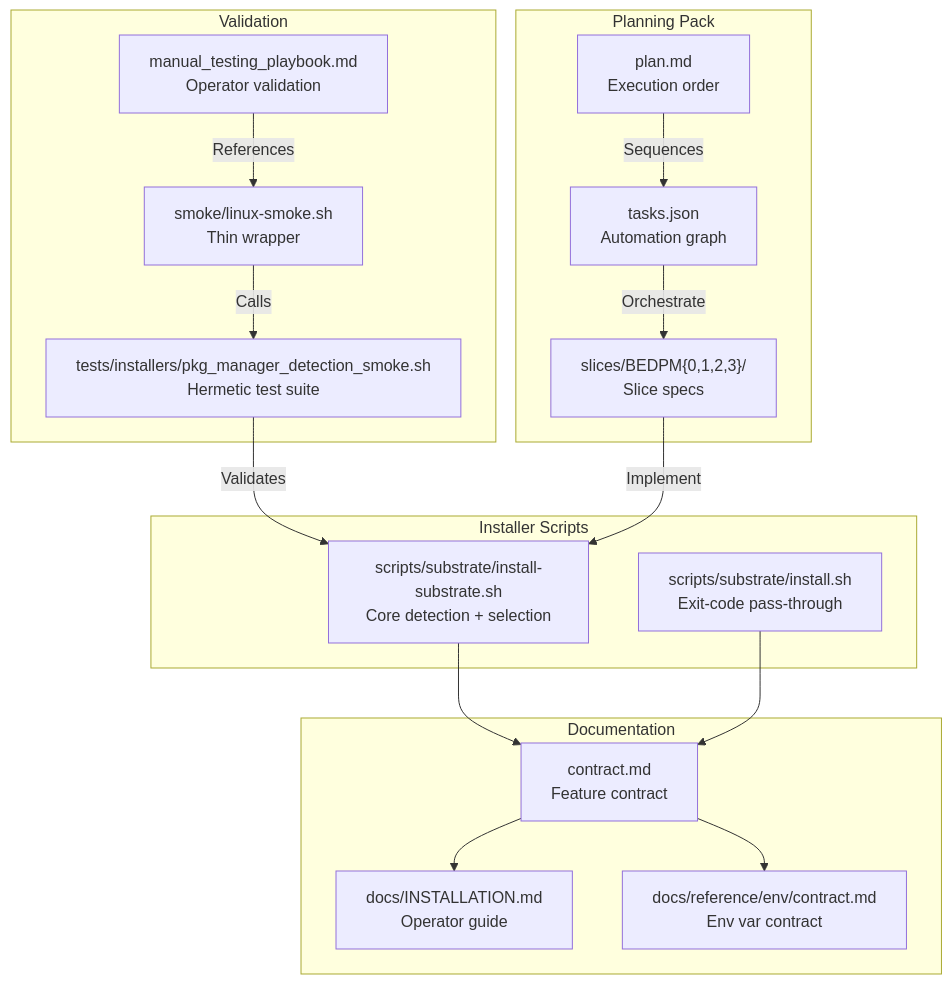
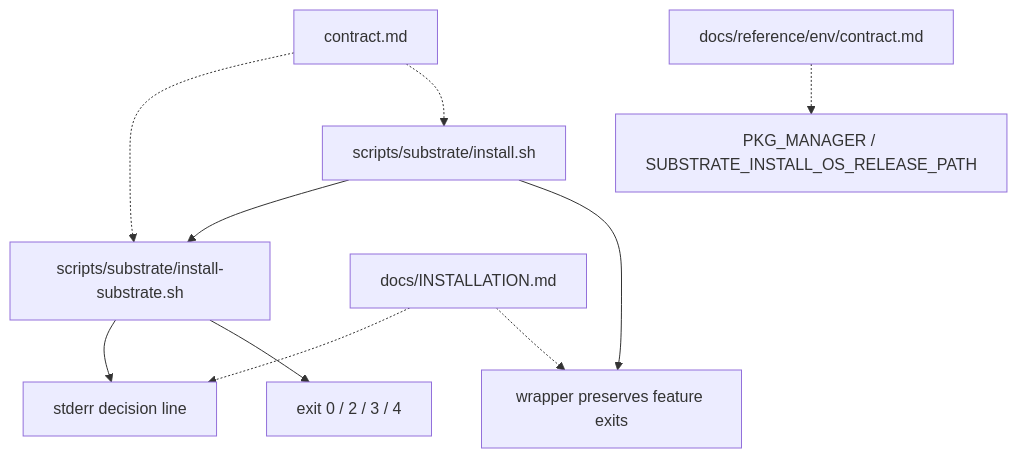
One commit to atomize-hq/substrate changed the second of 4 diagrams in docs/project_management/packs/draft/best-effort-distro-package-manager-fse/review_surfaces.md. Above: the diagram before and after it, drawn with Mermaid. The commit also changed other lines of this file and 23 other files, not shown here.

Commit message:
Expand seam extraction pack for distro package manager planning

````diff
--- a/docs/project_management/packs/draft/best-effort-distro-package-manager-fse/review_surfaces.md
+++ b/docs/project_management/packs/draft/best-effort-distro-package-manager-fse/review_surfaces.md
@@ -115,38 +24,12 @@
 ```mermaid
 flowchart TB
-    subgraph Installer["Installer Scripts"]
-        InstallSubstrate["scripts/substrate/install-substrate.sh<br/>Core detection + selection"]
-        InstallWrapper["scripts/substrate/install.sh<br/>Exit-code pass-through"]
-    end
-
-    subgraph Docs["Documentation"]
-        InstallMd["docs/INSTALLATION.md<br/>Operator guide"]
-        EnvContract["docs/reference/env/contract.md<br/>Env var contract"]
-        Contract["contract.md<br/>Feature contract"]
-    end
-
-    subgraph Validation["Validation"]
-        HermeticTest["tests/installers/pkg_manager_detection_smoke.sh<br/>Hermetic test suite"]
-        SmokeScript["smoke/linux-smoke.sh<br/>Thin wrapper"]
-        ManualPlaybook["manual_testing_playbook.md<br/>Operator validation"]
-    end
-
-    subgraph Pack["Planning Pack"]
-        Slices["slices/BEDPM{0,1,2,3}/<br/>Slice specs"]
-        Tasks["tasks.json<br/>Automation graph"]
-        Plan["plan.md<br/>Execution order"]
-    end
-
-    InstallSubstrate --> Contract
-    InstallWrapper --> Contract
-    Contract --> InstallMd
-    Contract --> EnvContract
-
-    HermeticTest -->|Validates| InstallSubstrate
-    SmokeScript -->|Calls| HermeticTest
-    ManualPlaybook -->|References| SmokeScript
-
-    Slices -->|Implement| InstallSubstrate
-    Tasks -->|Orchestrate| Slices
-    Plan -->|Sequences| Tasks
+  Direct["scripts/substrate/install-substrate.sh"] --> Out1["stderr decision line"]
+  Direct --> Out2["exit 0 / 2 / 3 / 4"]
+  Wrapper["scripts/substrate/install.sh"] --> Direct
+  Wrapper --> Out3["wrapper preserves feature exits"]
+  Contract["contract.md"] -.-> Direct
+  Contract["contract.md"] -.-> Wrapper
+  Docs1["docs/INSTALLATION.md"] -.-> Out1
+  Docs1["docs/INSTALLATION.md"] -.-> Out3
+  Docs2["docs/reference/env/contract.md"] -.-> ENV["PKG_MANAGER / SUBSTRATE_INSTALL_OS_RELEASE_PATH"]
 ```
````
